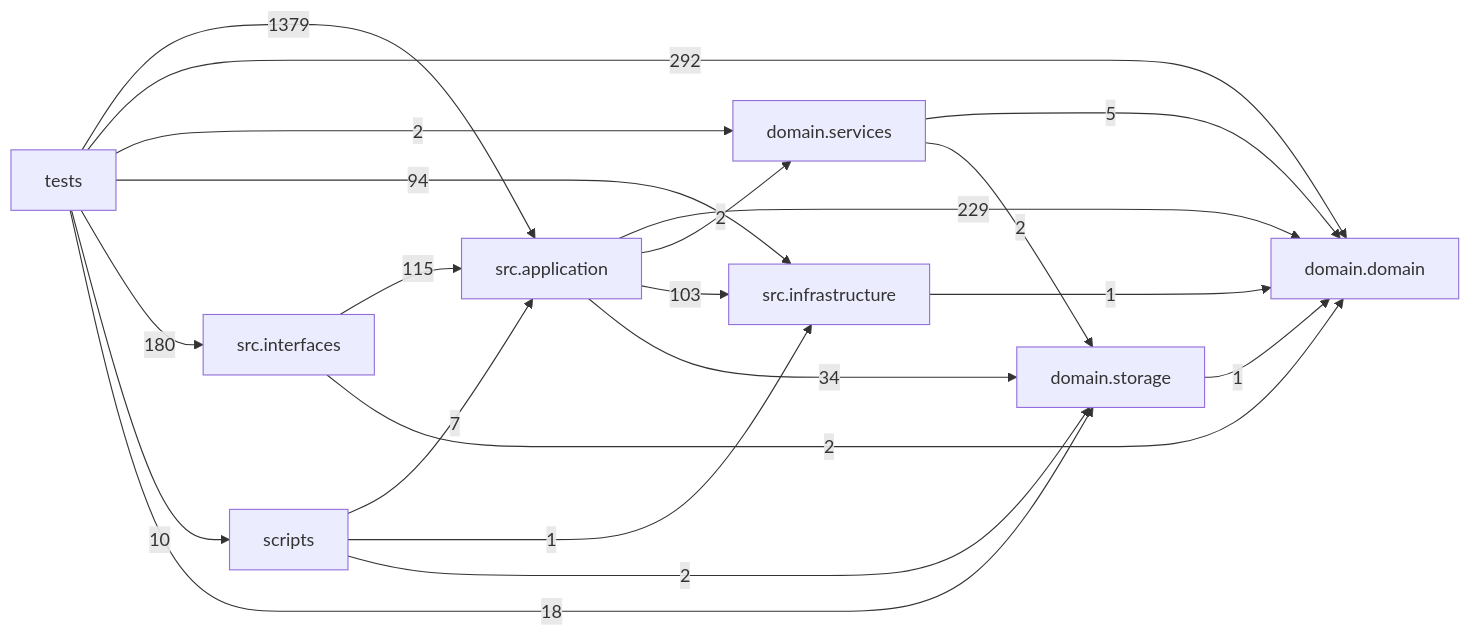
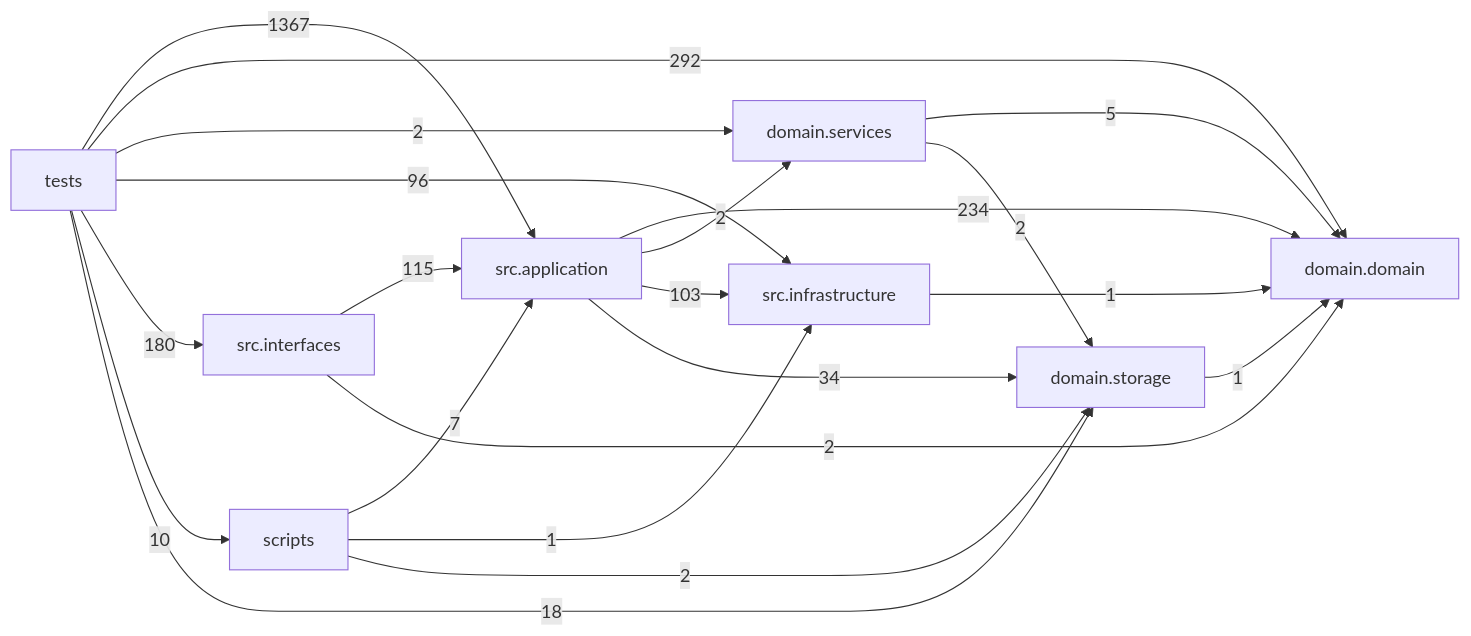
Before and after one commit to liuxie066/options-monitor: the diagram in docs/DEPENDENCY_GRAPH.md, drawn with Mermaid. The commit also changed other lines of this file and 32 other files, not shown here.

````diff
--- a/docs/DEPENDENCY_GRAPH.md
+++ b/docs/DEPENDENCY_GRAPH.md
@@ -24,31 +24,31 @@
 ```mermaid
 flowchart LR
   tests["tests"]
   scripts["scripts"]
   interfaces["src.interfaces"]
   application["src.application"]
   infrastructure["src.infrastructure"]
   domain_services["domain.services"]
   domain["domain.domain"]
   storage["domain.storage"]
-  application -->|229| domain
+  application -->|234| domain
   application -->|2| domain_services
   application -->|103| infrastructure
   application -->|34| storage
   domain_services -->|5| domain
   domain_services -->|2| storage
   infrastructure -->|1| domain
   interfaces -->|115| application
   interfaces -->|2| domain
   scripts -->|7| application
   scripts -->|1| infrastructure
   scripts -->|2| storage
   storage -->|1| domain
-  tests -->|1379| application
+  tests -->|1367| application
   tests -->|292| domain
   tests -->|2| domain_services
-  tests -->|94| infrastructure
+  tests -->|96| infrastructure
   tests -->|180| interfaces
   tests -->|10| scripts
   tests -->|18| storage
 ```
````
